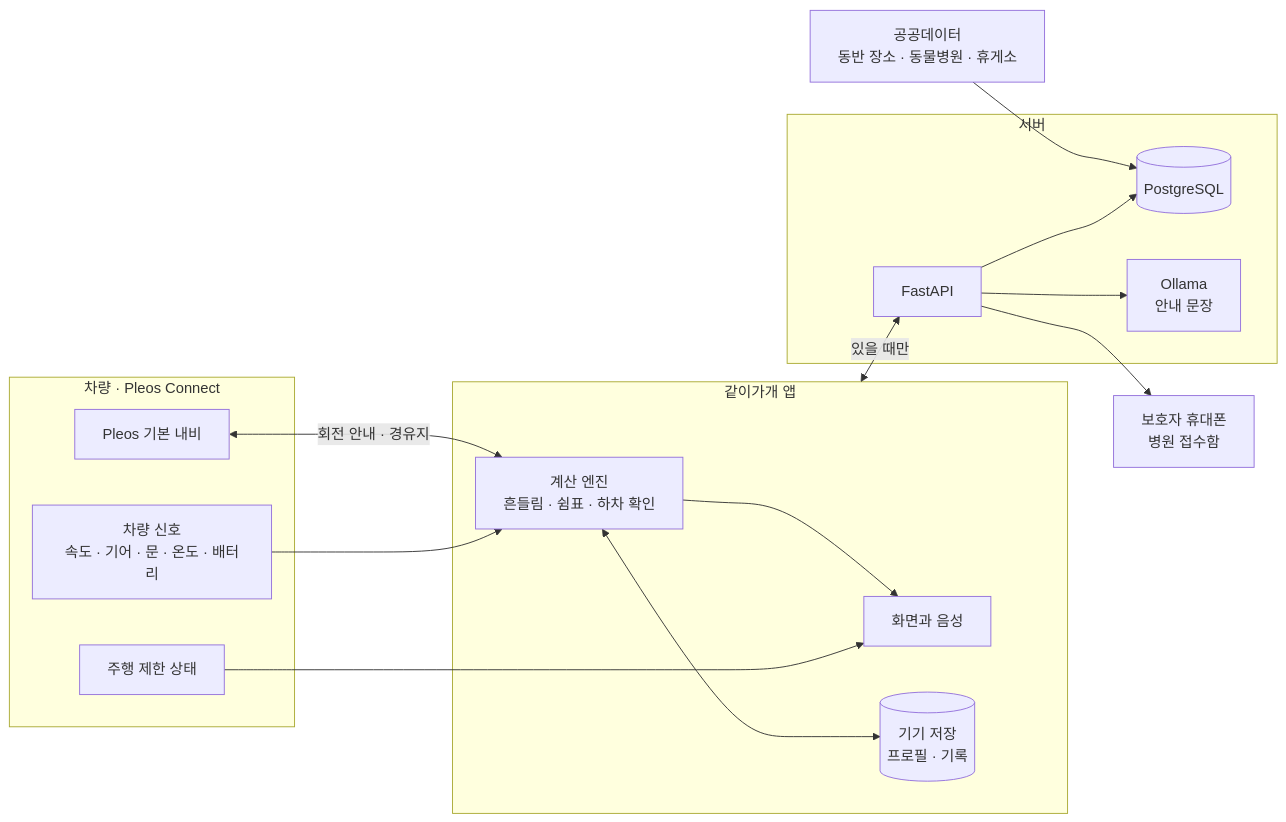
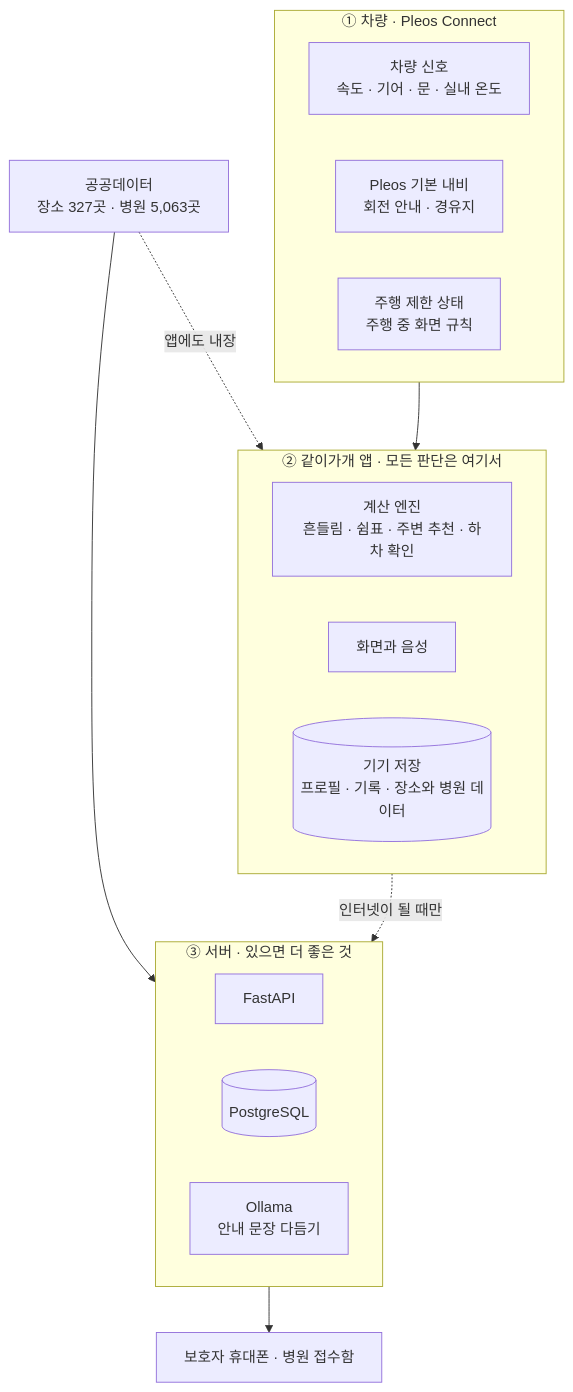
One commit to xuxtaku7610-del/every-moment-of-pause changed the first of 4 diagrams in README.md. Above: the diagram before and after it, drawn with Mermaid. The commit also changed other lines of this file and 67 other files, not shown here.

````diff
--- a/README.md
+++ b/README.md
@@ -140,34 +149,29 @@
 ```mermaid
-flowchart LR
-  subgraph CAR["차량 · Pleos Connect"]
-    VS["차량 신호<br/>속도 · 기어 · 문 · 온도 · 배터리"]
-    UX["주행 제한 상태"]
-    NAV["Pleos 기본 내비"]
+flowchart TB
+  subgraph L1["① 차량 · Pleos Connect"]
+    direction LR
+    V["차량 신호<br/>속도 · 기어 · 문 · 실내 온도"]
+    N["Pleos 기본 내비<br/>회전 안내 · 경유지"]
+    R["주행 제한 상태<br/>주행 중 화면 규칙"]
   end
 
-  subgraph APP["같이가개 앱"]
-    ENG["계산 엔진<br/>흔들림 · 쉼표 · 하차 확인"]
-    UI["화면과 음성"]
-    DB[("기기 저장<br/>프로필 · 기록")]
+  subgraph L2["② 같이가개 앱 · 모든 판단은 여기서"]
+    direction LR
+    E["계산 엔진<br/>흔들림 · 쉼표 · 주변 추천 · 하차 확인"]
+    U["화면과 음성"]
+    S[("기기 저장<br/>프로필 · 기록 · 장소와 병원 데이터")]
   end
 
-  subgraph SRV["서버"]
-    API["FastAPI"]
-    PG[("PostgreSQL")]
-    LLM["Ollama<br/>안내 문장"]
+  subgraph L3["③ 서버 · 있으면 더 좋은 것"]
+    direction LR
+    A["FastAPI"]
+    D[("PostgreSQL")]
+    M["Ollama<br/>안내 문장 다듬기"]
   end
 
-  PUB["공공데이터<br/>동반 장소 · 동물병원 · 휴게소"]
-  PHONE["보호자 휴대폰<br/>병원 접수함"]
-
-  VS --> ENG
-  UX --> UI
-  NAV <-->|"회전 안내 · 경유지"| ENG
-  ENG --> UI
-  ENG <--> DB
-  APP <-->|"있을 때만"| API
-  API --> PG
-  API --> LLM
-  PUB --> PG
-  API --> PHONE
+  P["공공데이터<br/>장소 327곳 · 병원 5,063곳"] --> D
+  P -. "앱에도 내장" .-> S
+  L1 --> L2
+  L2 -. "인터넷이 될 때만" .-> L3
+  A --> W["보호자 휴대폰 · 병원 접수함"]
 ```
````
